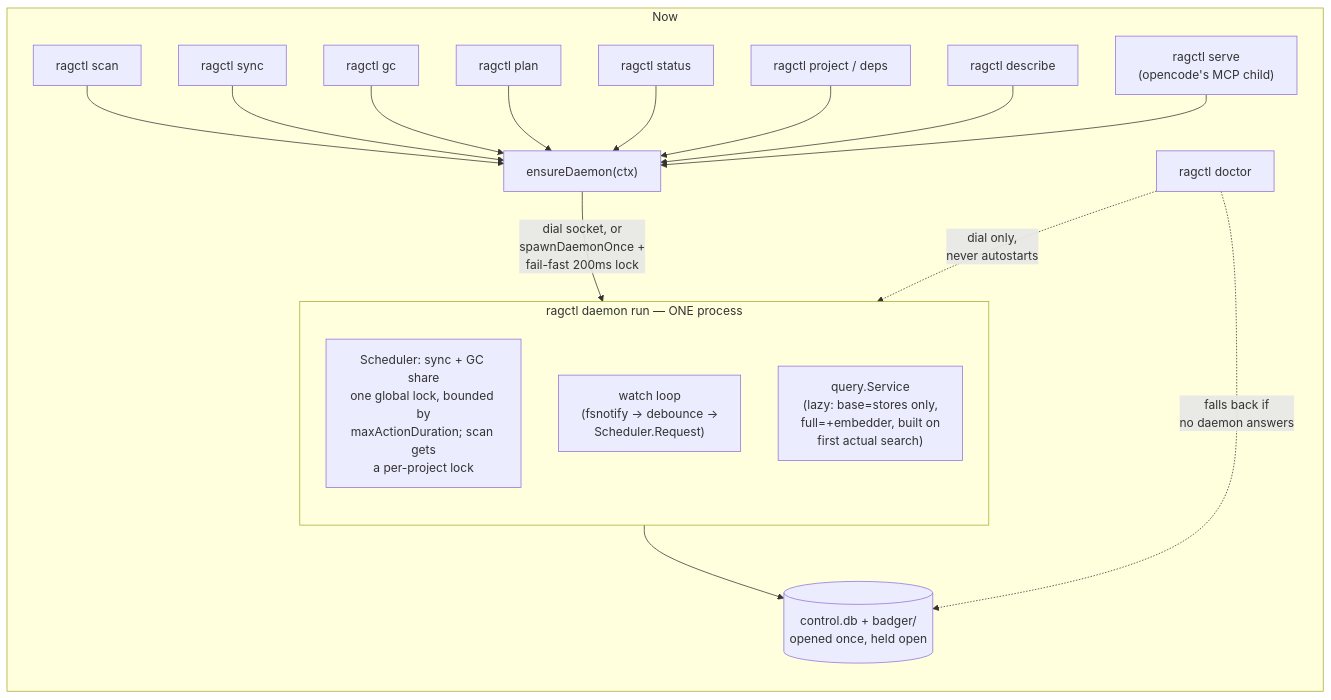
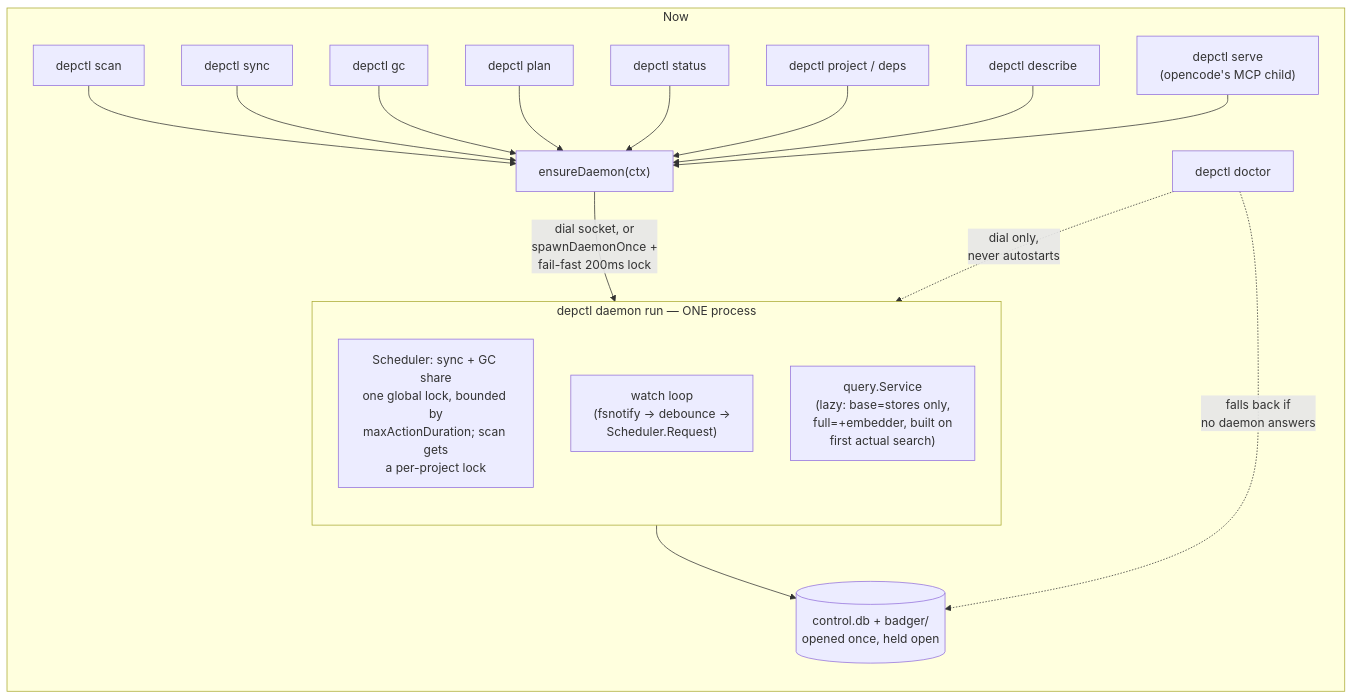
The second of 2 diagrams in docs/scratch/watch-scenarios-before-after.md (aleutian-ai/depctl), drawn with Mermaid before and after one commit. The commit also changed other lines of this file and 588 other files, not shown here.

Commit message:
Rename ragctl to depctl: binary, module github.com/aleutian-ai/depctl, paths, env vars, metrics, MCP name, docs

````diff
--- a/docs/scratch/watch-scenarios-before-after.md
+++ b/docs/scratch/watch-scenarios-before-after.md
@@ -28,28 +28,28 @@
 ```mermaid
 flowchart TB
     subgraph after["Now"]
         direction TB
-        Scan["ragctl scan"] --> ED["ensureDaemon(ctx)"]
-        Sync["ragctl sync"] --> ED
-        GC["ragctl gc"] --> ED
-        Plan["ragctl plan"] --> ED
-        Status["ragctl status"] --> ED
-        Proj["ragctl project / deps"] --> ED
-        Describe["ragctl describe"] --> ED
-        Serve["ragctl serve<br/>(opencode's MCP child)"] --> ED
+        Scan["depctl scan"] --> ED["ensureDaemon(ctx)"]
+        Sync["depctl sync"] --> ED
+        GC["depctl gc"] --> ED
+        Plan["depctl plan"] --> ED
+        Status["depctl status"] --> ED
+        Proj["depctl project / deps"] --> ED
+        Describe["depctl describe"] --> ED
+        Serve["depctl serve<br/>(opencode's MCP child)"] --> ED
 
         ED -->|dial socket, or<br/>spawnDaemonOnce +<br/>fail-fast 200ms lock| Daemon
 
-        Doctor["ragctl doctor"] -.->|dial only,<br/>never autostarts| Daemon
+        Doctor["depctl doctor"] -.->|dial only,<br/>never autostarts| Daemon
         Doctor -.->|falls back if<br/>no daemon answers| Stores
 
-        subgraph Daemon["ragctl daemon run — ONE process"]
+        subgraph Daemon["depctl daemon run — ONE process"]
             direction TB
             Sched["Scheduler: sync + GC share<br/>one global lock, bounded by<br/>maxActionDuration; scan gets<br/>a per-project lock"]
             Watch["watch loop<br/>(fsnotify → debounce →<br/>Scheduler.Request)"]
             QSvc["query.Service<br/>(lazy: base=stores only,<br/>full=+embedder, built on<br/>first actual search)"]
         end
 
         Daemon --> Stores[("control.db + badger/<br/>opened once, held open")]
     end
 ```
````
